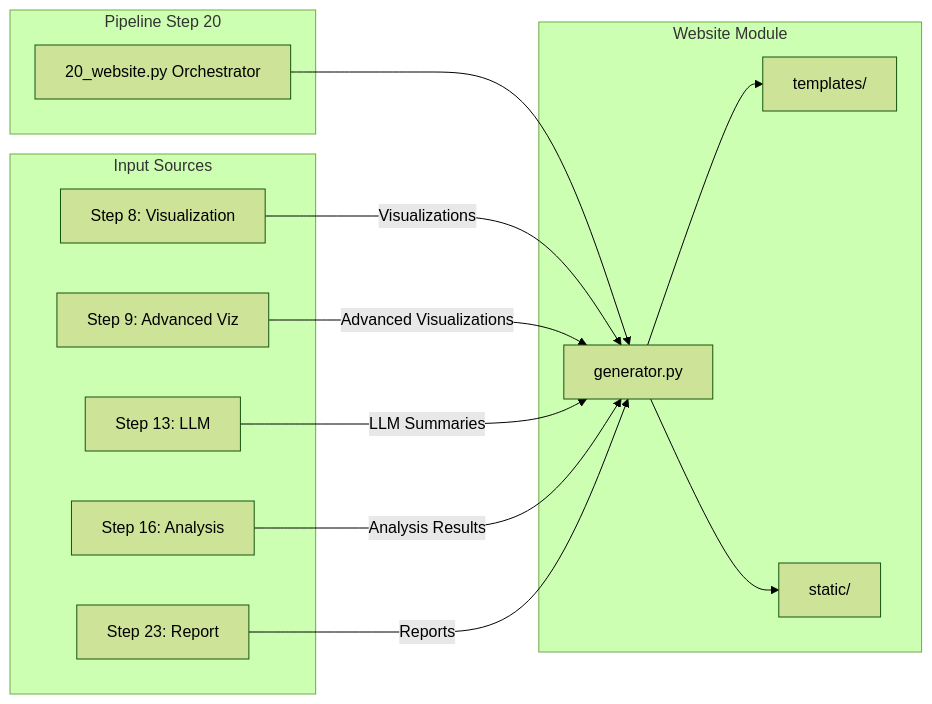
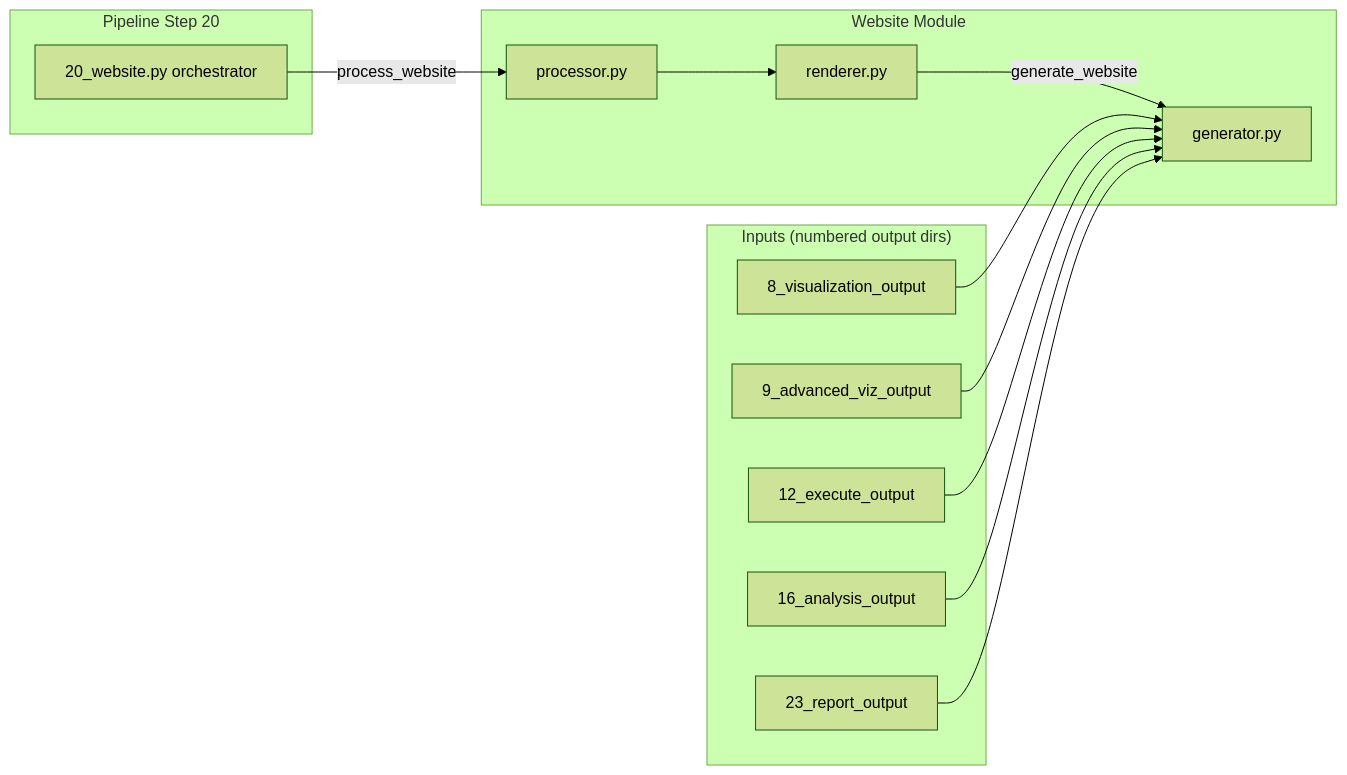
Before and after one commit to ActiveInferenceInstitute/GeneralizedNotationNotation: the diagram in src/website/README.md, drawn with Mermaid (forest theme). The commit also changed other lines of this file and 278 other files, not shown here.

````diff
--- a/src/website/README.md
+++ b/src/website/README.md
@@ -64,30 +26,30 @@
 ```mermaid
 flowchart LR
     subgraph "Pipeline Step 20"
-        Step20[20_website.py Orchestrator]
+        Step20[20_website.py orchestrator]
     end
-    
+
     subgraph "Website Module"
+        Processor[processor.py]
+        Renderer[renderer.py]
         Generator[generator.py]
-        Templates[templates/]
-        Static[static/]
     end
-    
-    subgraph "Input Sources"
-        Step8[Step 8: Visualization]
-        Step9[Step 9: Advanced Viz]
-        Step13[Step 13: LLM]
-        Step16[Step 16: Analysis]
-        Step23[Step 23: Report]
+
+    Step20 -->|process_website| Processor
+    Processor --> Renderer
+    Renderer -->|generate_website| Generator
+
+    subgraph "Inputs (numbered output dirs)"
+        Step8[8_visualization_output]
+        Step9[9_advanced_viz_output]
+        Step12[12_execute_output]
+        Step16[16_analysis_output]
+        Step23[23_report_output]
     end
-    
-    Step20 --> Generator
-    Generator --> Templates
-    Generator --> Static
-    
-    Step8 -->|Visualizations| Generator
-    Step9 -->|Advanced Visualizations| Generator
-    Step13 -->|LLM Summaries| Generator
-    Step16 -->|Analysis Results| Generator
-    Step23 -->|Reports| Generator
+
+    Step8 --> Generator
+    Step9 --> Generator
+    Step12 --> Generator
+    Step16 --> Generator
+    Step23 --> Generator
 ```
````
